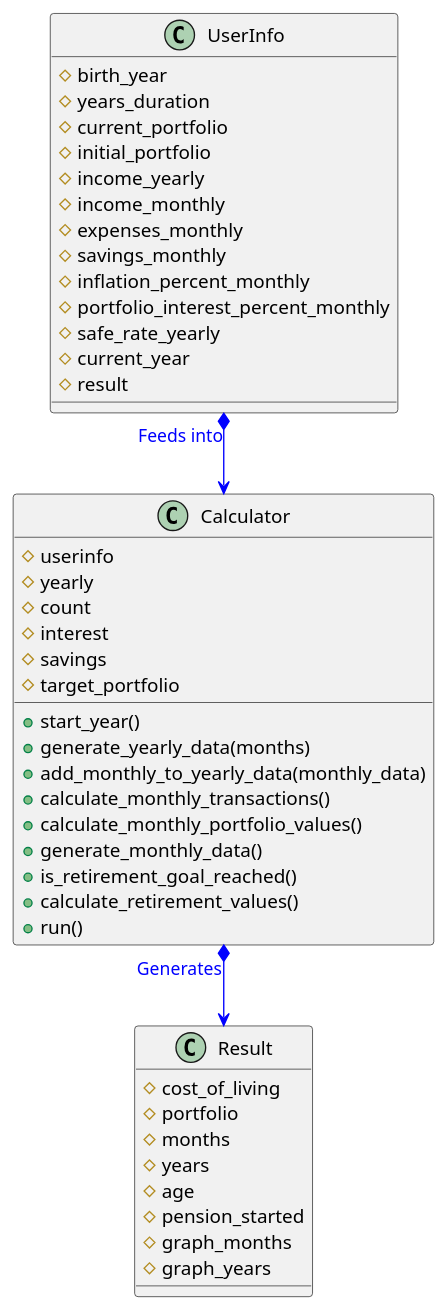
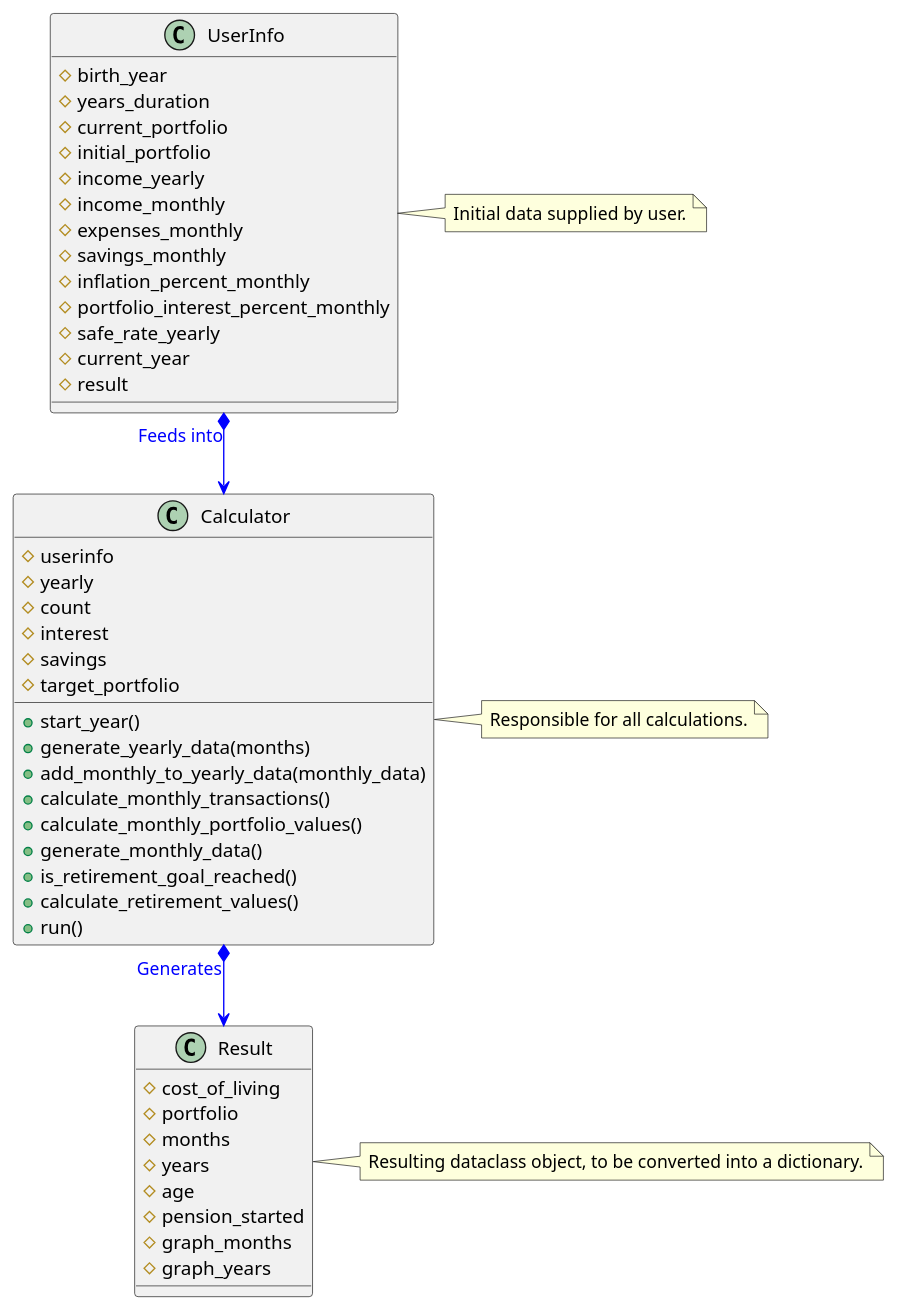
One commit to thijsh/fires.watch changed the diagram in docs/UML_classdiagram.md. Above: the diagram before and after it, drawn with PlantUML.

Commit message:
Add some notes to UML diagram

````diff
--- a/docs/UML_classdiagram.md
+++ b/docs/UML_classdiagram.md
@@ -3,58 +3,59 @@
 ```plantuml
 @startuml
 
 class Result {
     # cost_of_living
     # portfolio
     # months
     # years
     # age
     # pension_started
     # graph_months
     # graph_years
 }
 
 class UserInfo {
     # birth_year
     # years_duration
     # current_portfolio
     # initial_portfolio
     # income_yearly
     # income_monthly
     # expenses_monthly
     # savings_monthly
     # inflation_percent_monthly
     # portfolio_interest_percent_monthly
     # safe_rate_yearly
     # current_year
     # result
 }
 
 class Calculator {
     # userinfo
     # yearly
     # count
     # interest
     # savings
     # target_portfolio
     + start_year()
     + generate_yearly_data(months)
     + add_monthly_to_yearly_data(monthly_data)
     + calculate_monthly_transactions()
     + calculate_monthly_portfolio_values()
     + generate_monthly_data()
     + is_retirement_goal_reached()
     + calculate_retirement_values()
     + run()
 }
 
-note left of Result::stuff
-    Example note
-endnote
+note right of UserInfo: Initial data supplied by user.
+
+note right of Calculator: Responsible for all calculations.
+
+note right of Result: Resulting dataclass object, to be converted into a dictionary.
 
 UserInfo "Feeds into" *--> Calculator #line:blue;text:blue
 Calculator "Generates" *--> Result #line:blue;text:blue
 
-
 @enduml
 ```
````
